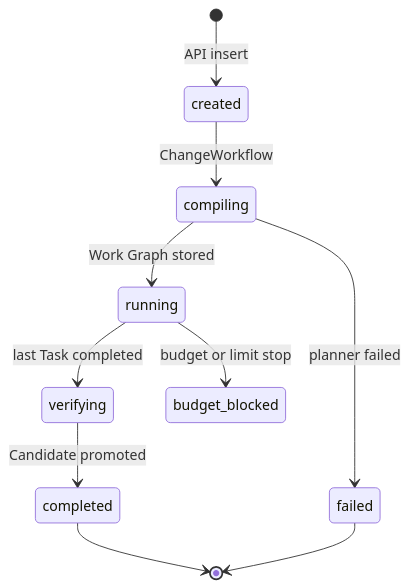
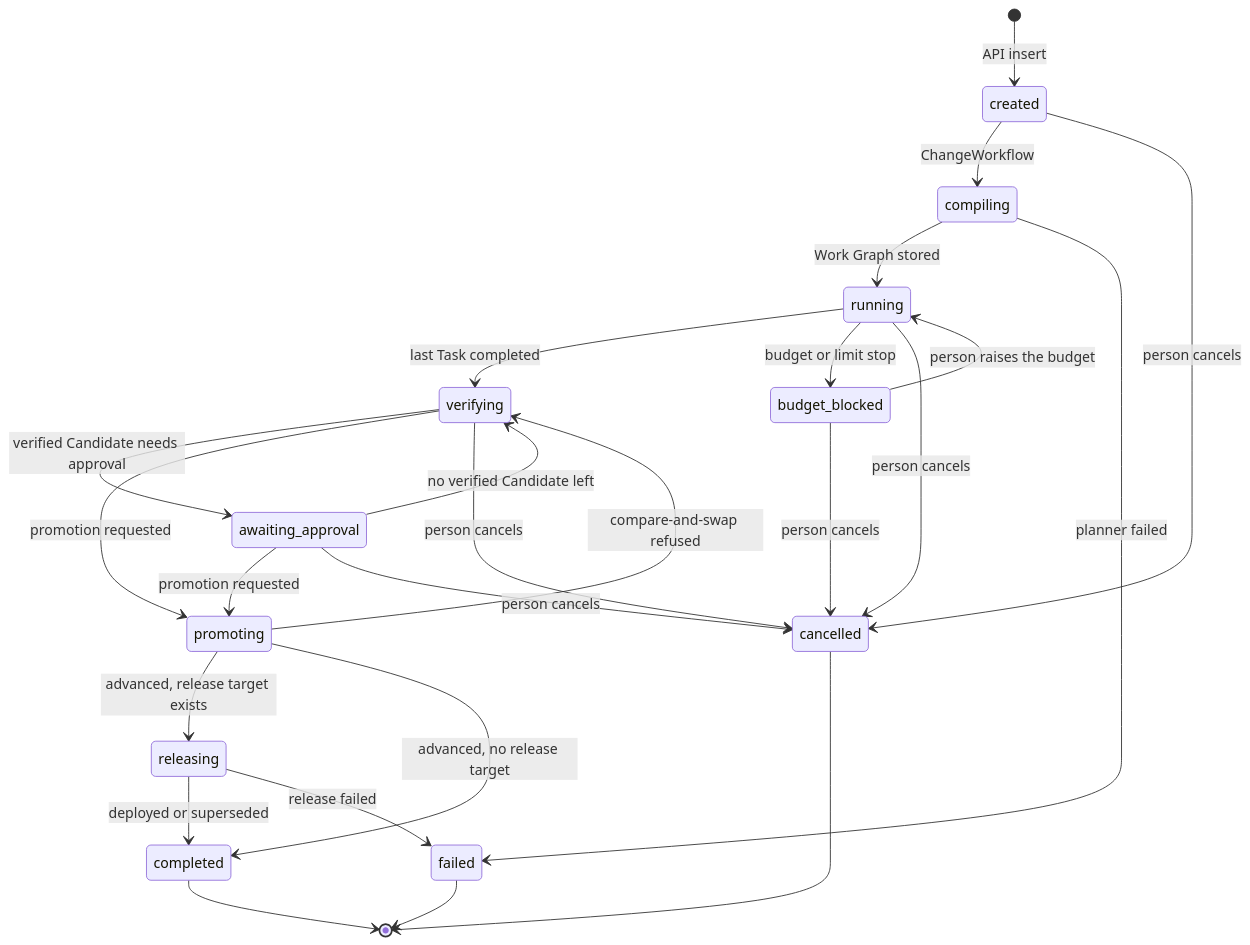
The fourth of 7 diagrams in docs/architecture/change-lifecycle.md (nsudhanva/rhumbatron), drawn with Mermaid before and after one commit. The commit also changed other lines of this file and 1 other file, not shown here.

Commit message:
docs(docs): document change status lifecycle and auto-promotion

````diff
--- a/docs/architecture/change-lifecycle.md
+++ b/docs/architecture/change-lifecycle.md
@@ -158,12 +158,27 @@
 ```mermaid
 stateDiagram-v2
   [*] --> created: API insert
   created --> compiling: ChangeWorkflow
   compiling --> running: Work Graph stored
   compiling --> failed: planner failed
   running --> verifying: last Task completed
   running --> budget_blocked: budget or limit stop
-  verifying --> completed: Candidate promoted
+  budget_blocked --> running: person raises the budget
+  verifying --> awaiting_approval: verified Candidate needs approval
+  awaiting_approval --> verifying: no verified Candidate left
+  verifying --> promoting: promotion requested
+  awaiting_approval --> promoting: promotion requested
+  promoting --> verifying: compare-and-swap refused
+  promoting --> releasing: advanced, release target exists
+  promoting --> completed: advanced, no release target
+  releasing --> completed: deployed or superseded
+  releasing --> failed: release failed
+  created --> cancelled: person cancels
+  running --> cancelled: person cancels
+  verifying --> cancelled: person cancels
+  awaiting_approval --> cancelled: person cancels
+  budget_blocked --> cancelled: person cancels
   completed --> [*]
   failed --> [*]
+  cancelled --> [*]
 ```
````
